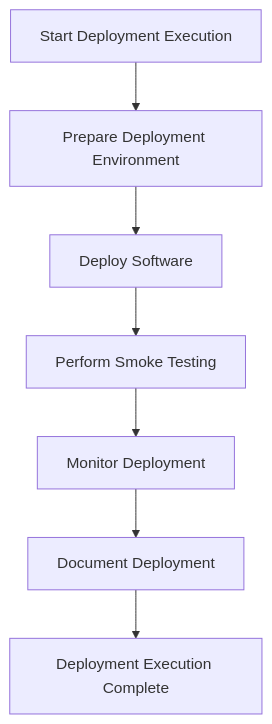
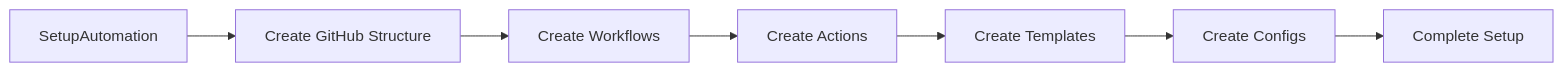
Before and after one commit to Shakour-Data/AutoProjectManagement: the third of 5 diagrams in Docs/json_inputs_standard/Deployment/Deployment_Execution.md, drawn with Mermaid. The commit also changed other lines of this file, not shown here.

````diff
--- a/Docs/json_inputs_standard/Deployment/Deployment_Execution.md
+++ b/Docs/json_inputs_standard/Deployment/Deployment_Execution.md
@@ -91,9 +228,9 @@
 ```mermaid
-flowchart TD
-    A[Start Deployment Execution] --> B[Prepare Deployment Environment]
-    B --> C[Deploy Software]
-    C --> D[Perform Smoke Testing]
-    D --> E[Monitor Deployment]
-    E --> F[Document Deployment]
-    F --> G[Deployment Execution Complete]
+graph LR
+    A[SetupAutomation] --> B[Create GitHub Structure]
+    B --> C[Create Workflows]
+    C --> D[Create Actions]
+    D --> E[Create Templates]
+    E --> F[Create Configs]
+    F --> G[Complete Setup]
 ```
````
